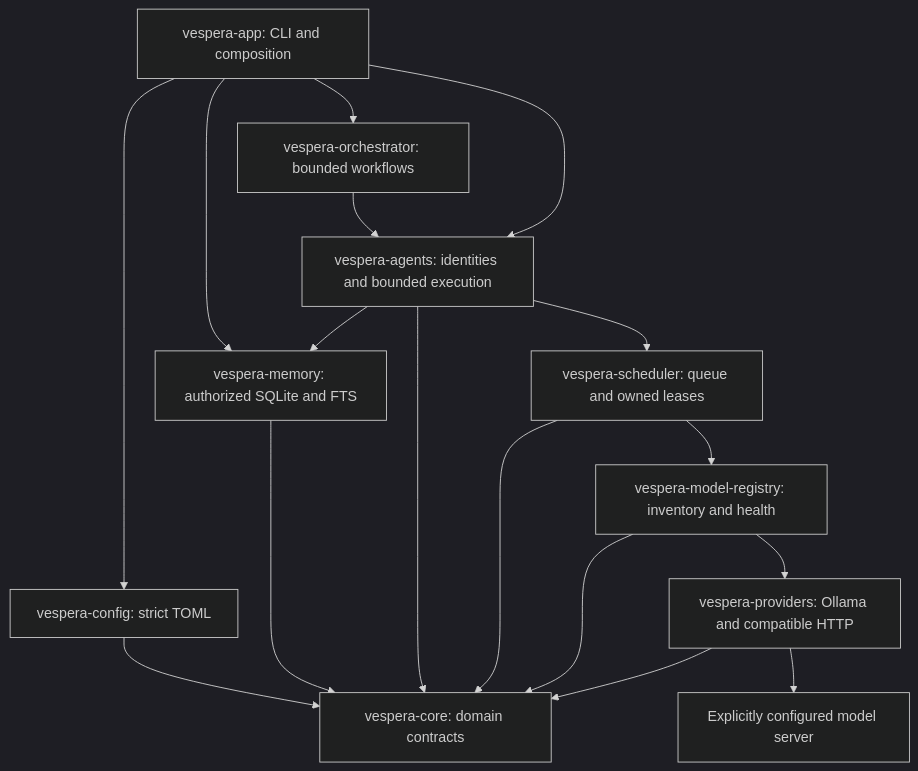
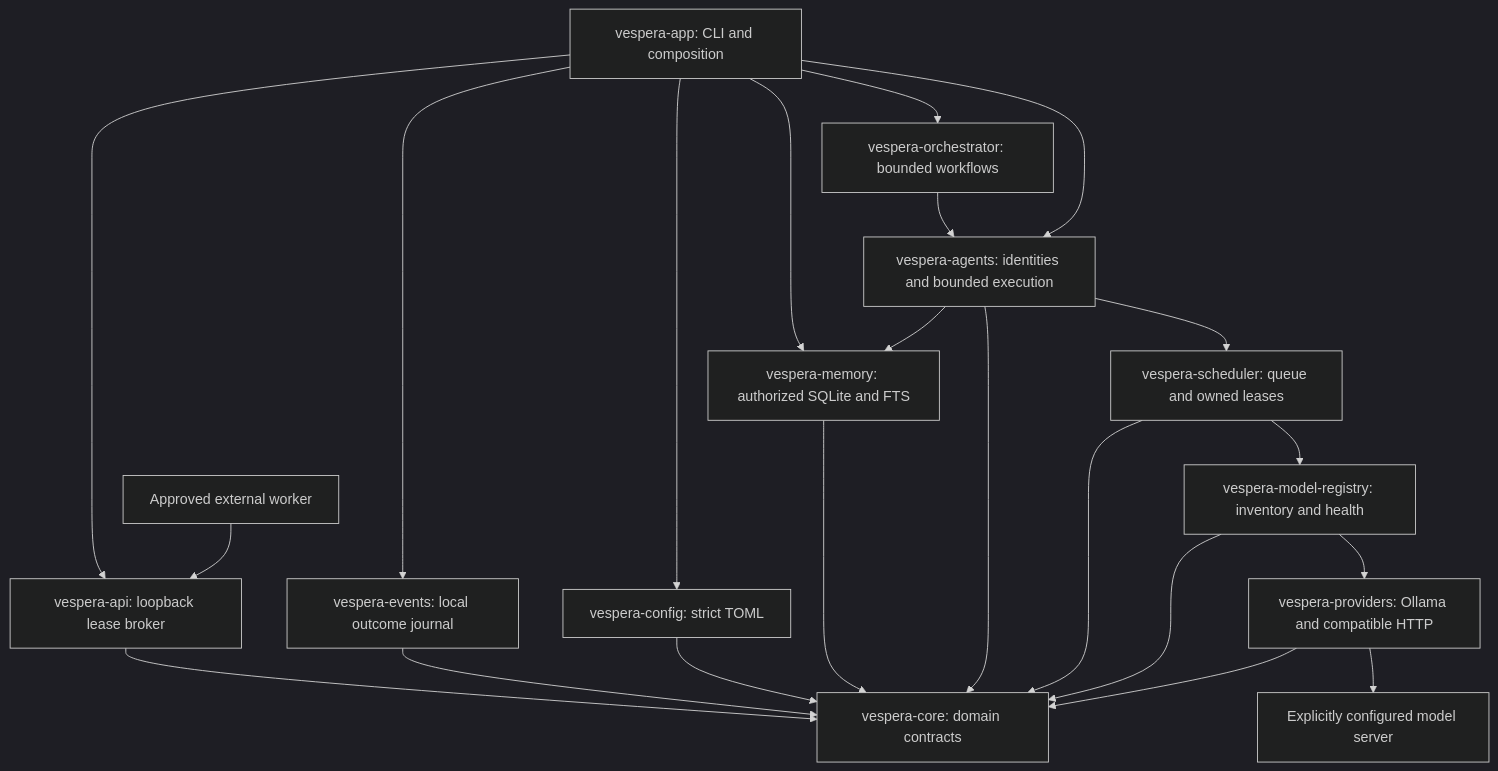
One commit to ShamelesAbyss/Vespera changed the diagram in README.md. Above: the diagram before and after it, drawn with Mermaid (dark theme). The commit also changed other lines of this file and 14 other files, not shown here.

Commit message:
feat: serve fenced external worker tasks over loopback HTTP

````diff
--- a/README.md
+++ b/README.md
@@ -11,19 +11,24 @@
 ```mermaid
 flowchart TD
     CLI[vespera-app: CLI and composition] --> Config[vespera-config: strict TOML]
     CLI --> Memory
+    CLI --> Broker[vespera-api: loopback lease broker]
+    Worker[Approved external worker] --> Broker
+    Broker --> Core
+    CLI --> Journal[vespera-events: local outcome journal]
+    Journal --> Core
     CLI --> Orchestrator[vespera-orchestrator: bounded workflows]
     Orchestrator --> Agents
     CLI --> Agents[vespera-agents: identities and bounded execution]
     Agents --> Scheduler[vespera-scheduler: queue and owned leases]
     Scheduler --> Registry[vespera-model-registry: inventory and health]
     Registry --> Providers[vespera-providers: Ollama and compatible HTTP]
     Providers --> Backend[Explicitly configured model server]
     Config --> Core[vespera-core: domain contracts]
     Agents --> Memory[vespera-memory: authorized SQLite and FTS]
     Memory --> Core
     Agents --> Core
     Scheduler --> Core
     Registry --> Core
     Providers --> Core
 ```
````
